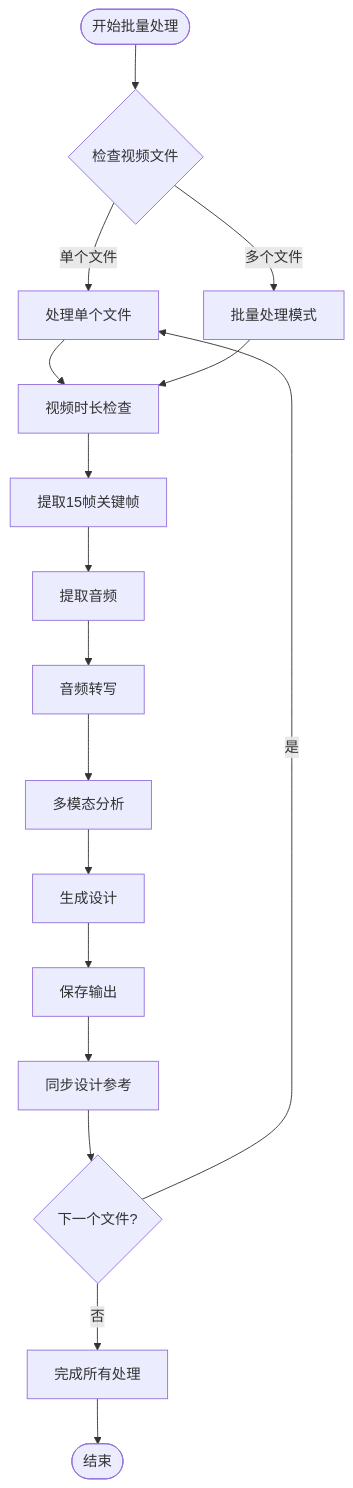
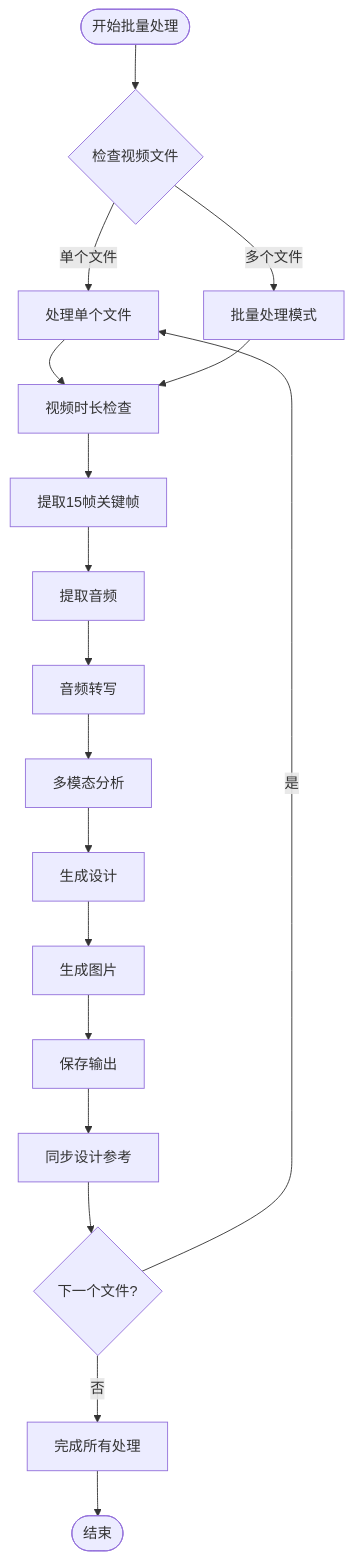
The ninth of 11 diagrams in .qoder/repowiki/zh/content/配置和定制/配置和定制.md (WongMingJiu/landingpage-test-hero-page), drawn with Mermaid before and after one commit. The commit also changed other lines of this file and 6 other files, not shown here.

First line of the commit message:
feat: 品牌logo固定素材 + 双参考图生图 + 输出平铺结构

````diff
--- a/.qoder/repowiki/zh/content/配置和定制/配置和定制.md
+++ b/.qoder/repowiki/zh/content/配置和定制/配置和定制.md
@@ -316,19 +415,20 @@
 ```mermaid
 flowchart TD
 Start([开始批量处理]) --> CheckFiles{检查视频文件}
 CheckFiles --> |单个文件| ProcessSingle[处理单个文件]
 CheckFiles --> |多个文件| ProcessBatch[批量处理模式]
 ProcessSingle --> VideoCheck[视频时长检查]
 ProcessBatch --> VideoCheck
 VideoCheck --> ExtractFrames[提取15帧关键帧]
 ExtractFrames --> ExtractAudio[提取音频]
 ExtractAudio --> Transcribe[音频转写]
 Transcribe --> Analyze[多模态分析]
 Analyze --> Generate[生成设计]
-Generate --> SaveOutput[保存输出]
+Generate --> GenerateImage[生成图片]
+GenerateImage --> SaveOutput[保存输出]
 SaveOutput --> SyncRefer[同步设计参考]
 SyncRefer --> NextFile{下一个文件?}
 NextFile --> |是| ProcessSingle
 NextFile --> |否| Complete[完成所有处理]
 Complete --> End([结束])
 ```
````
